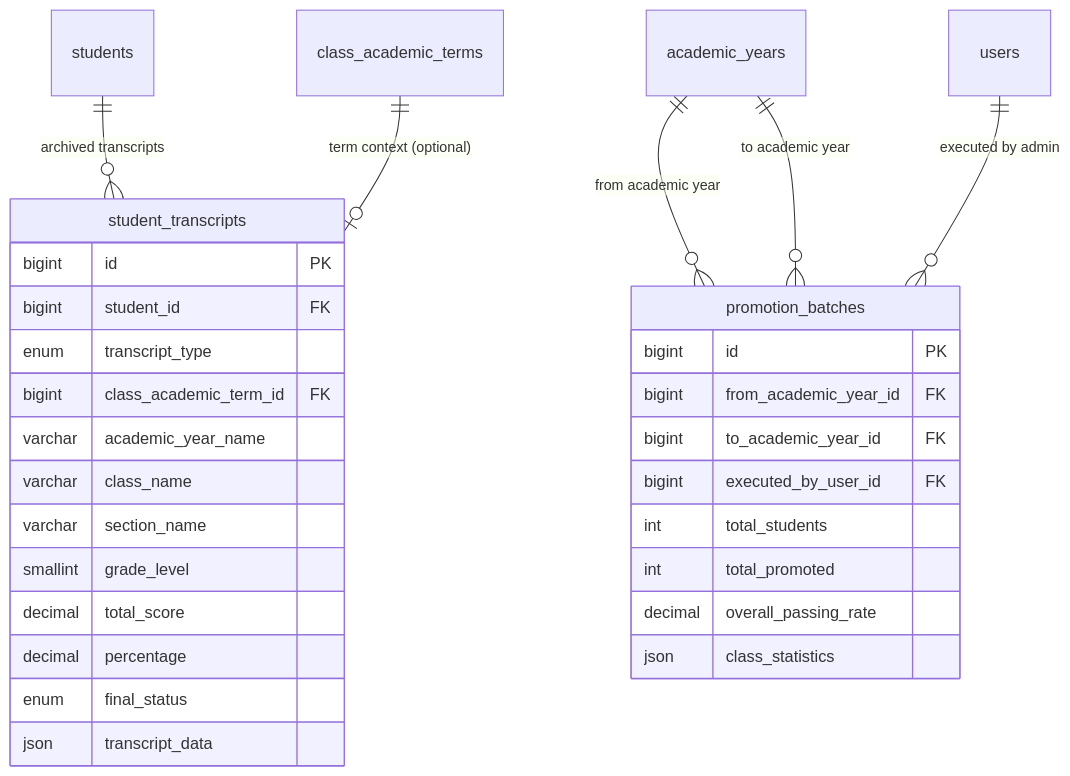
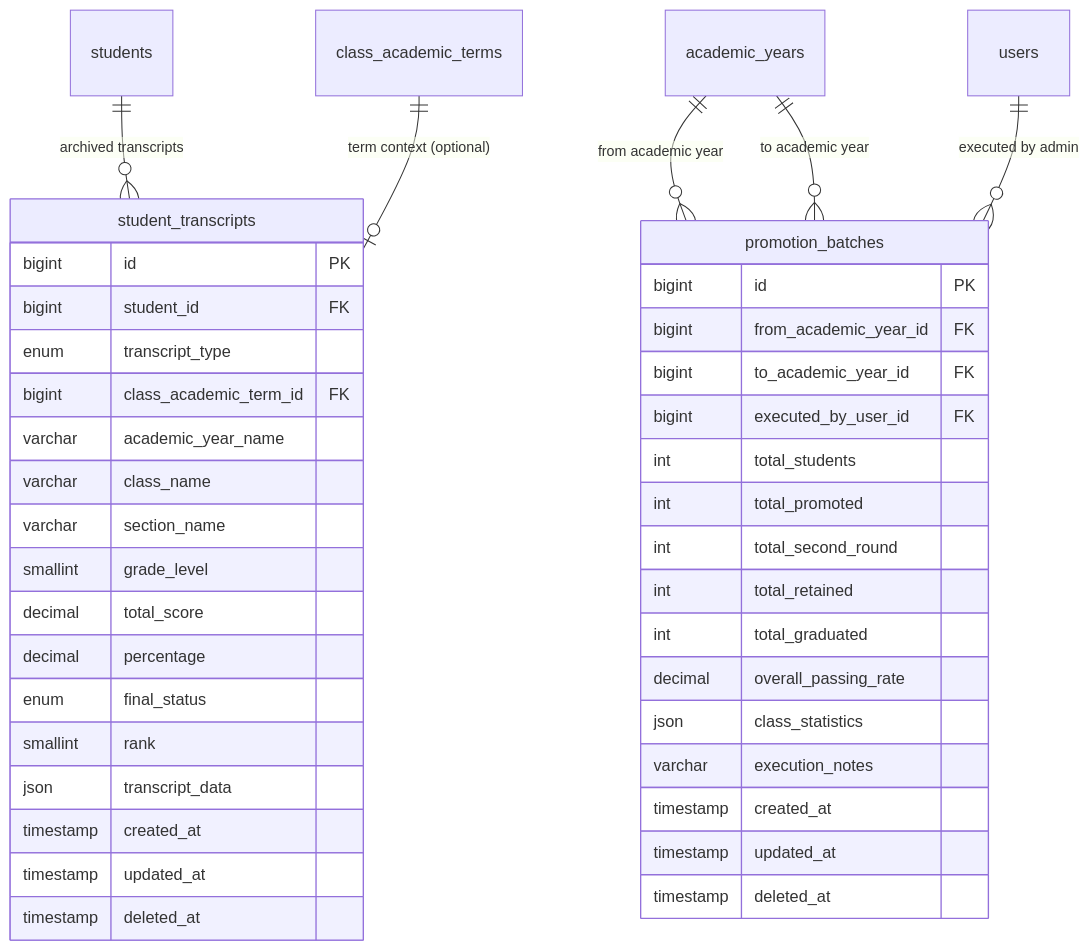
The diagram in MD/phases/phase_09_promotion/data.md (alalemusa98-ctrl/Taqniya-SMS), drawn with Mermaid before and after one commit. The commit also changed other lines of this file and 7 other files, not shown here.

````diff
--- a/MD/phases/phase_09_promotion/data.md
+++ b/MD/phases/phase_09_promotion/data.md
@@ -98,34 +100,45 @@
 ```mermaid
 erDiagram
     students ||--o{ student_transcripts : "archived transcripts"
     class_academic_terms ||--o| student_transcripts : "term context (optional)"
     academic_years ||--o{ promotion_batches : "from academic year"
     academic_years ||--o{ promotion_batches : "to academic year"
     users ||--o{ promotion_batches : "executed by admin"
 
     student_transcripts {
         bigint id PK
         bigint student_id FK
         enum transcript_type
         bigint class_academic_term_id FK
         varchar academic_year_name
         varchar class_name
         varchar section_name
         smallint grade_level
         decimal total_score
         decimal percentage
         enum final_status
+        smallint rank
         json transcript_data
+        timestamp created_at
+        timestamp updated_at
+        timestamp deleted_at
     }
 
     promotion_batches {
         bigint id PK
         bigint from_academic_year_id FK
         bigint to_academic_year_id FK
         bigint executed_by_user_id FK
         int total_students
         int total_promoted
+        int total_second_round
+        int total_retained
+        int total_graduated
         decimal overall_passing_rate
         json class_statistics
+        varchar execution_notes
+        timestamp created_at
+        timestamp updated_at
+        timestamp deleted_at
     }
 ```
````
